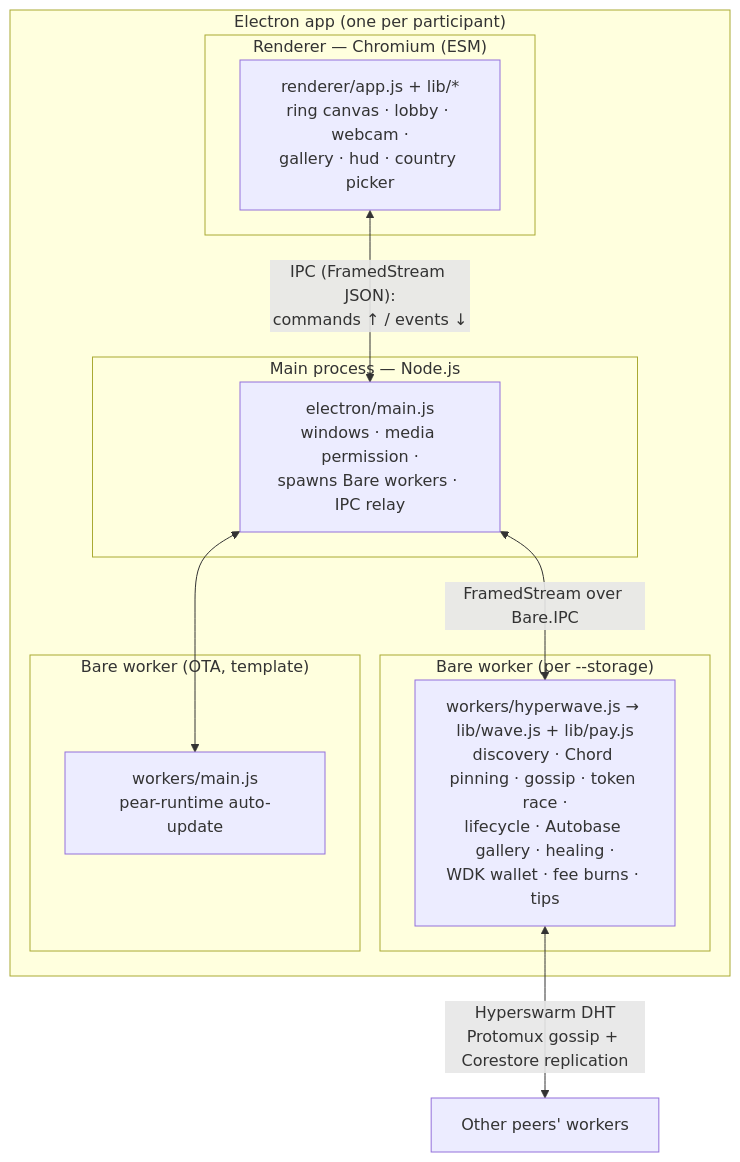
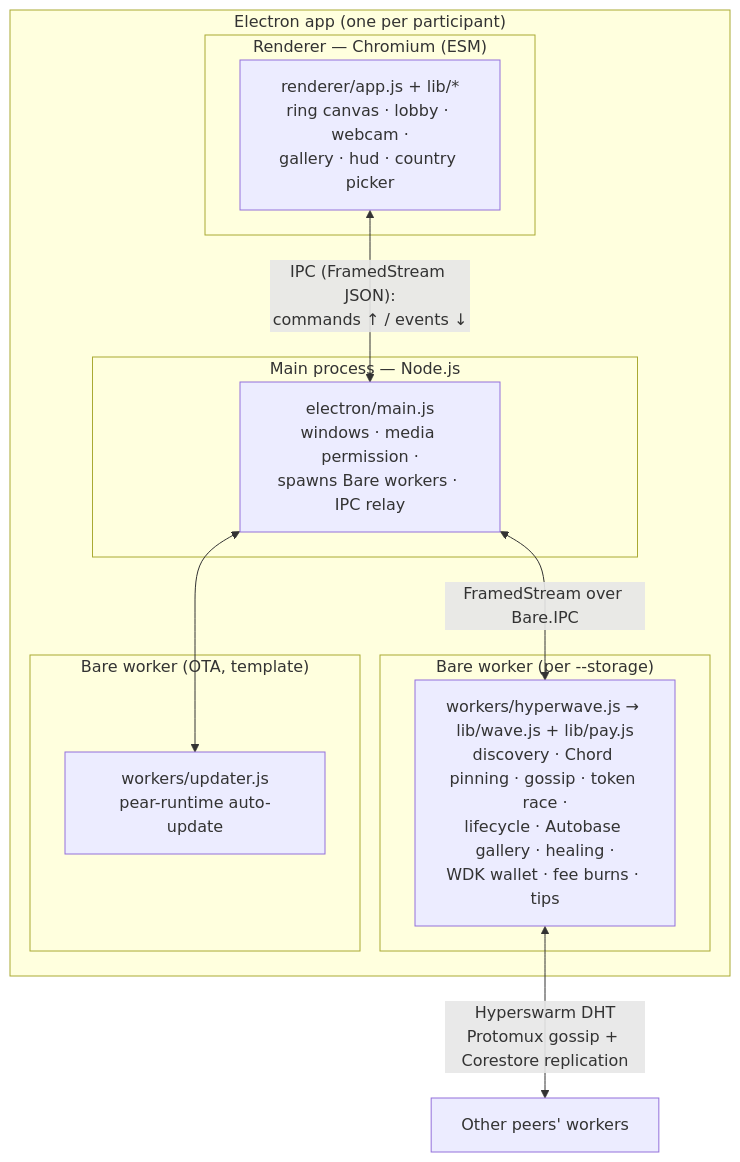
One commit to mnaamani/hyper-wave changed the diagram in docs/architecture.md. Above: the diagram before and after it, drawn with Mermaid. The commit also changed other lines of this file and 12 other files, not shown here.

````diff
--- a/docs/architecture.md
+++ b/docs/architecture.md
@@ -16,23 +16,23 @@
 ```mermaid
 flowchart TB
   subgraph Electron["Electron app (one per participant)"]
     subgraph Main["Main process — Node.js"]
       M["electron/main.js<br/>windows · media permission ·<br/>spawns Bare workers · IPC relay"]
     end
     subgraph Renderer["Renderer — Chromium (ESM)"]
       R["renderer/app.js + lib/*<br/>ring canvas · lobby · webcam ·<br/>gallery · hud · country picker"]
     end
     subgraph Worker["Bare worker (per --storage)"]
       W["workers/hyperwave.js → lib/wave.js + lib/pay.js<br/>discovery · Chord pinning · gossip · token race ·<br/>lifecycle · Autobase gallery · healing ·<br/>WDK wallet · fee burns · tips"]
     end
     subgraph Updater["Bare worker (OTA, template)"]
-      U["workers/main.js<br/>pear-runtime auto-update"]
+      U["workers/updater.js<br/>pear-runtime auto-update"]
     end
   end
 
   R <-->|"IPC (FramedStream JSON):<br/>commands ↑ / events ↓"| M
   M <-->|"FramedStream over Bare.IPC"| W
   M <--> U
 
   W <-->|"Hyperswarm DHT<br/>Protomux gossip + Corestore replication"| Peers["Other peers' workers"]
 ```
````
